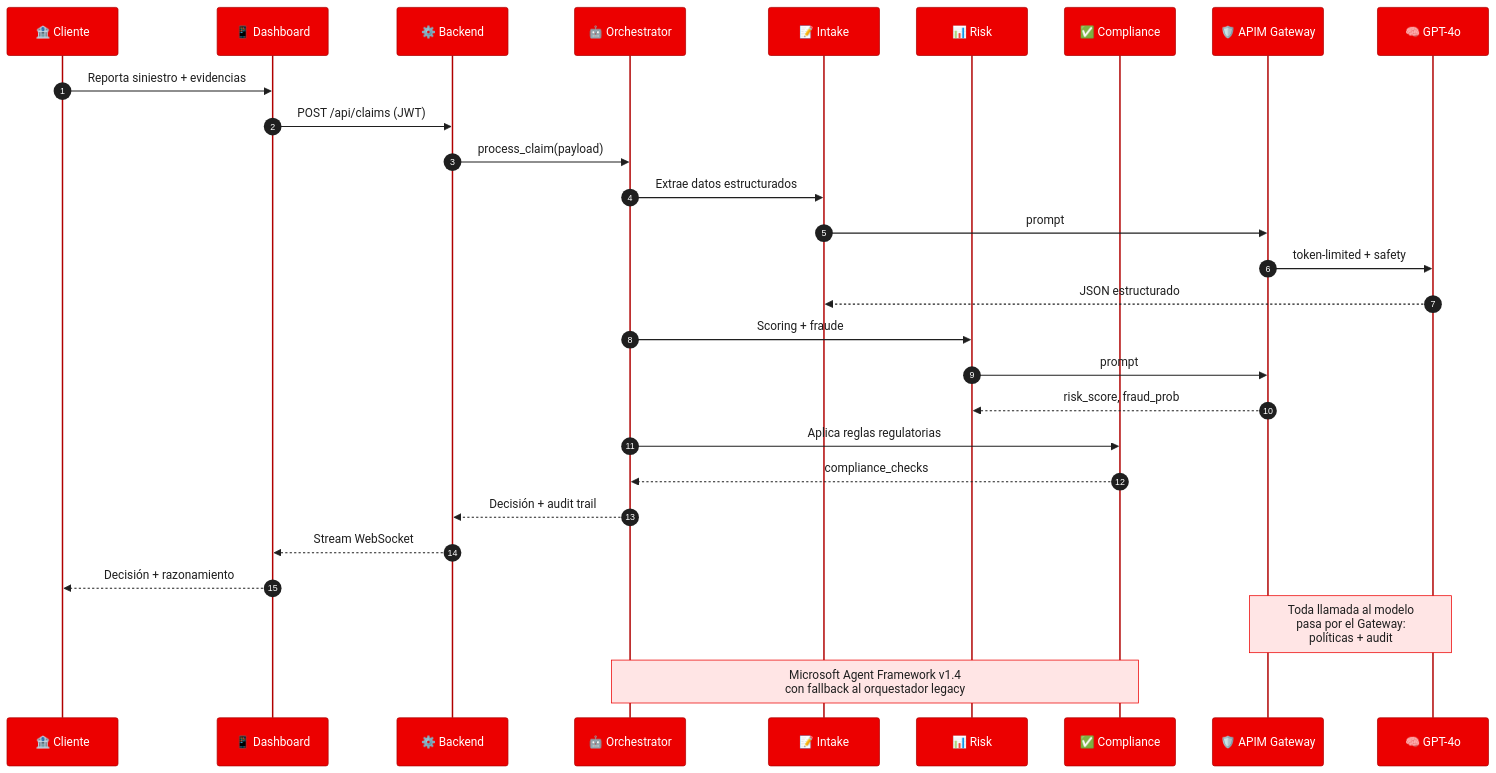
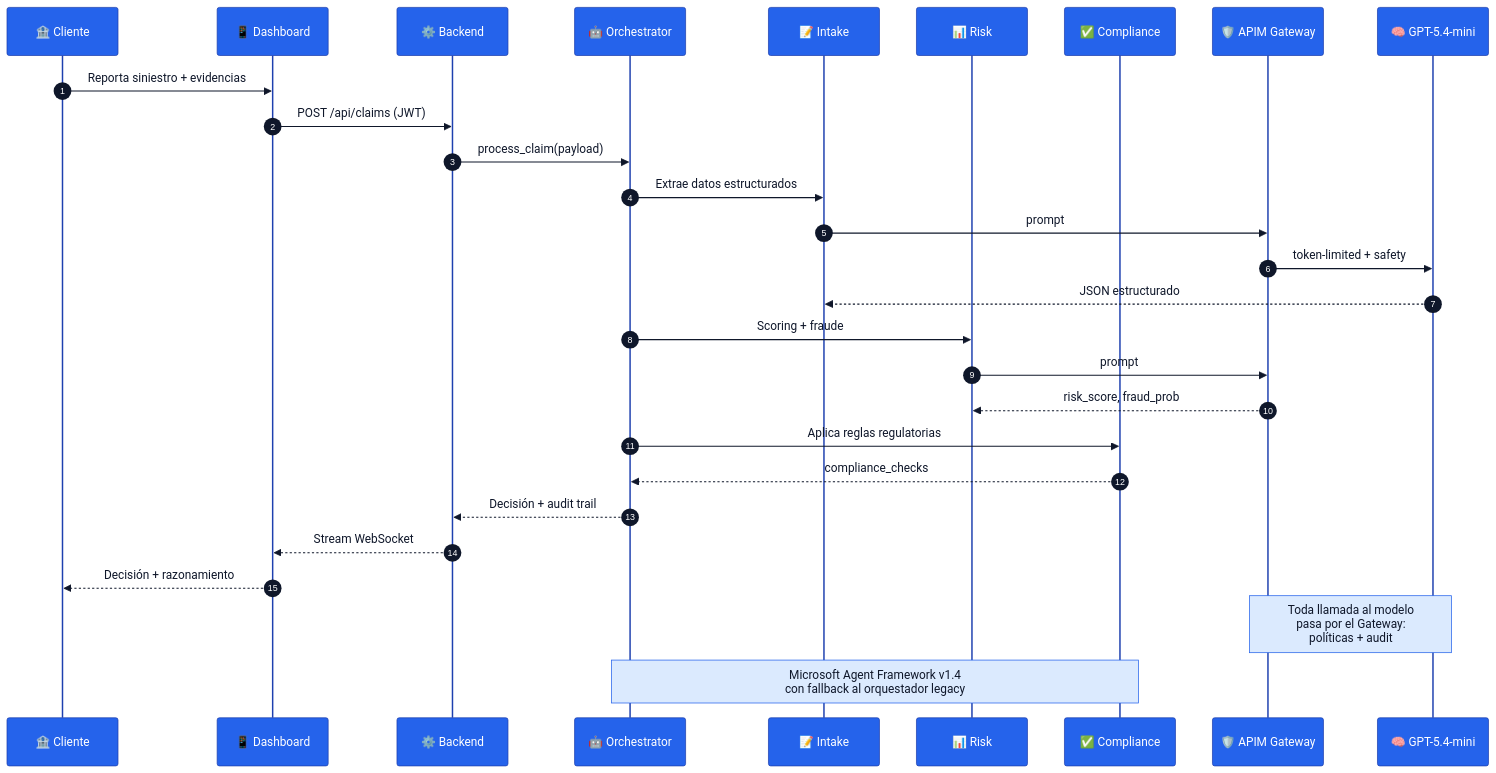
The diagram in README.md (aangell98/insurance-ai-agents), drawn with Mermaid before and after one commit. The commit also changed other lines of this file and 16 other files, not shown here.

````diff
--- a/README.md
+++ b/README.md
@@ -48,33 +51,33 @@
 ```mermaid
-%%{init: {'theme':'base', 'themeVariables': { 'primaryColor':'#EC0000','primaryTextColor':'#fff','lineColor':'#1F1F1F','actorBkg':'#EC0000','actorTextColor':'#fff','actorBorder':'#B00000','signalColor':'#1F1F1F','signalTextColor':'#1F1F1F','sequenceNumberColor':'#fff','noteBkgColor':'#FFE5E5','noteTextColor':'#1F1F1F','noteBorderColor':'#EC0000','fontFamily':'Inter, system-ui, sans-serif'} }}%%
+%%{init: {'theme':'base', 'themeVariables': { 'primaryColor':'#2563EB','primaryTextColor':'#fff','lineColor':'#0F172A','actorBkg':'#2563EB','actorTextColor':'#fff','actorBorder':'#1E40AF','signalColor':'#0F172A','signalTextColor':'#0F172A','sequenceNumberColor':'#fff','noteBkgColor':'#DBEAFE','noteTextColor':'#0F172A','noteBorderColor':'#2563EB','fontFamily':'Inter, system-ui, sans-serif'} }}%%
 sequenceDiagram
     autonumber
     participant C as 🏦 Cliente
     participant D as 📱 Dashboard
     participant B as ⚙️ Backend
     participant O as 🤖 Orchestrator
     participant I as 📝 Intake
     participant R as 📊 Risk
     participant K as ✅ Compliance
     participant G as 🛡️ APIM Gateway
-    participant M as 🧠 GPT-4o
+    participant M as 🧠 GPT-5.4-mini
 
     C->>D: Reporta siniestro + evidencias
     D->>B: POST /api/claims (JWT)
     B->>O: process_claim(payload)
     O->>I: Extrae datos estructurados
     I->>G: prompt
     G->>M: token-limited + safety
     M-->>I: JSON estructurado
     O->>R: Scoring + fraude
     R->>G: prompt
     G-->>R: risk_score, fraud_prob
     O->>K: Aplica reglas regulatorias
     K-->>O: compliance_checks
     O-->>B: Decisión + audit trail
     B-->>D: Stream WebSocket
     D-->>C: Decisión + razonamiento
 
     Note over G,M: Toda llamada al modelo<br/>pasa por el Gateway:<br/>políticas + audit
     Note over O,K: Microsoft Agent Framework v1.4<br/>con fallback al orquestador legacy
 ```
````
